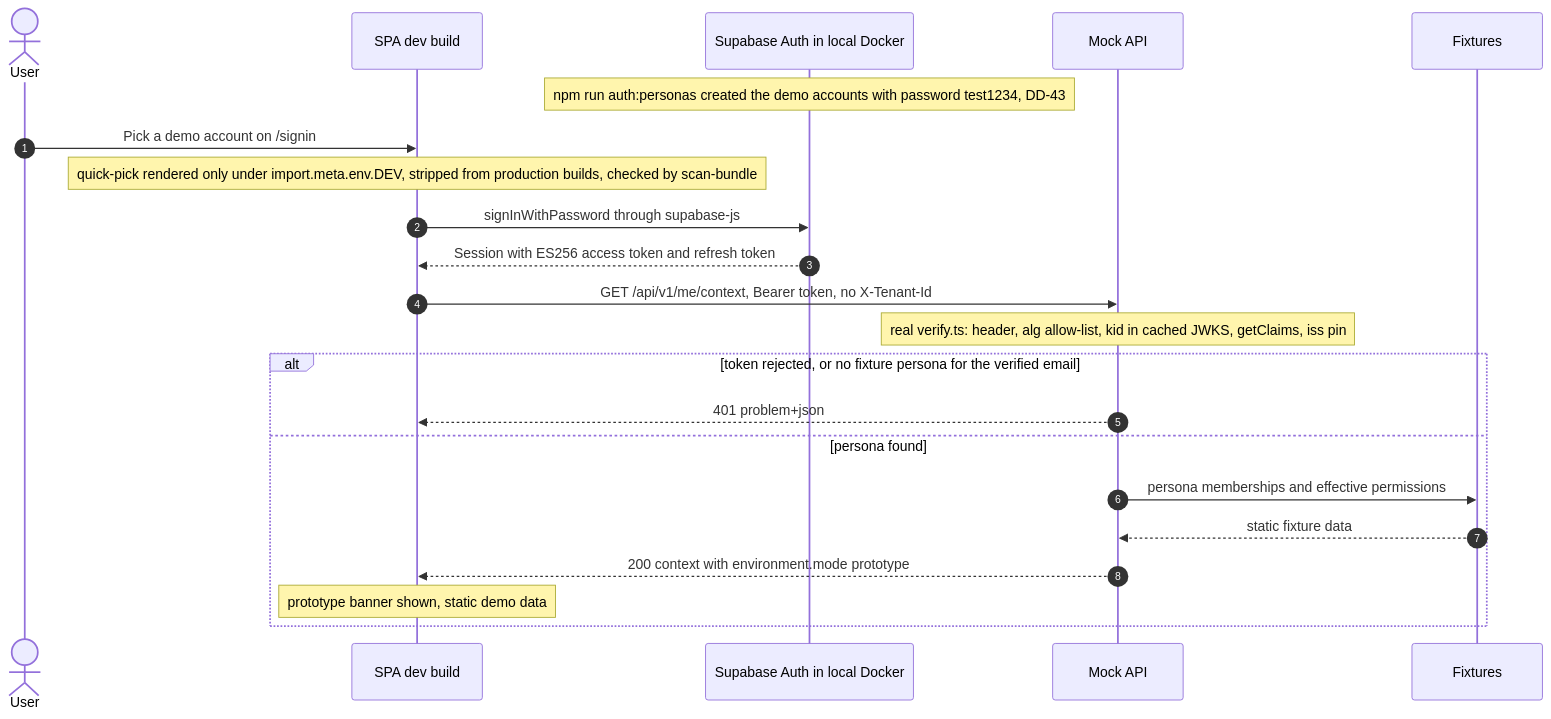
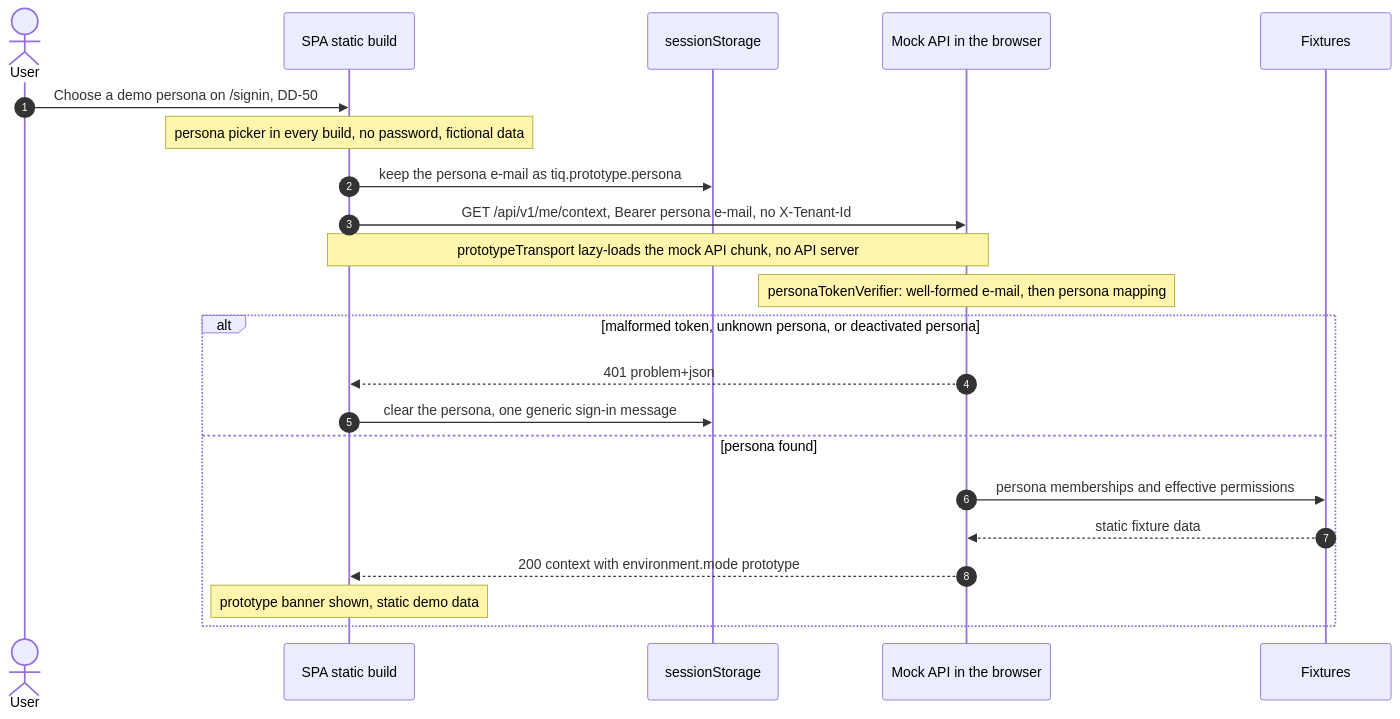
The second of 16 diagrams in docs/technical/06-key-flows.md (wemaketools/tenderiq), drawn with Mermaid before and after one commit. The commit also changed other lines of this file and 157 other files, not shown here.

````diff
--- a/docs/technical/06-key-flows.md
+++ b/docs/technical/06-key-flows.md
@@ -157,24 +156,24 @@
 ```mermaid
 sequenceDiagram
     autonumber
     actor U as User
-    participant SPA as SPA dev build
-    participant AUTH as Supabase Auth in local Docker
-    participant MOCK as Mock API
+    participant SPA as SPA static build
+    participant SS as sessionStorage
+    participant MOCK as Mock API in the browser
     participant FIX as Fixtures
-    Note over AUTH: npm run auth:personas created the demo accounts with password test1234, DD-43
-    U->>SPA: Pick a demo account on /signin
-    Note over SPA: quick-pick rendered only under import.meta.env.DEV, stripped from production builds, checked by scan-bundle
-    SPA->>AUTH: signInWithPassword through supabase-js
-    AUTH-->>SPA: Session with ES256 access token and refresh token
-    SPA->>MOCK: GET /api/v1/me/context, Bearer token, no X-Tenant-Id
-    Note over MOCK: real verify.ts: header, alg allow-list, kid in cached JWKS, getClaims, iss pin
-    alt token rejected, or no fixture persona for the verified email
+    U->>SPA: Choose a demo persona on /signin, DD-50
+    Note over SPA: persona picker in every build, no password, fictional data
+    SPA->>SS: keep the persona e-mail as tiq.prototype.persona
+    SPA->>MOCK: GET /api/v1/me/context, Bearer persona e-mail, no X-Tenant-Id
+    Note over SPA,MOCK: prototypeTransport lazy-loads the mock API chunk, no API server
+    Note over MOCK: personaTokenVerifier: well-formed e-mail, then persona mapping
+    alt malformed token, unknown persona, or deactivated persona
         MOCK-->>SPA: 401 problem+json
+        SPA->>SS: clear the persona, one generic sign-in message
     else persona found
         MOCK->>FIX: persona memberships and effective permissions
         FIX-->>MOCK: static fixture data
         MOCK-->>SPA: 200 context with environment.mode prototype
         Note over SPA: prototype banner shown, static demo data
     end
 ```
````
